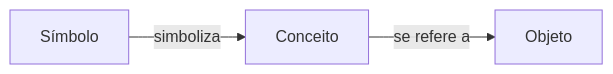
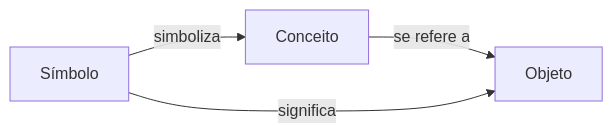
The third of 4 diagrams in Mestrado/Segundo Semestre/SIN5033 - Grafos de conhecimento e Ontologias/Aula 1/1 Conceitos basicos.md (Igorino/joplin-notes), drawn with Mermaid before and after one commit.

Commit message:
Exported on 2026-04-05_20-35-06

````diff
--- a/Mestrado/Segundo Semestre/SIN5033 - Grafos de conhecimento e Ontologias/Aula 1/1 Conceitos basicos.md
+++ b/Mestrado/Segundo Semestre/SIN5033 - Grafos de conhecimento e Ontologias/Aula 1/1 Conceitos basicos.md
@@ -80,6 +80,6 @@
 ```mermaid
 flowchart LR
 	Conceito -- se refere a --> Objeto
 	Símbolo -- simboliza --> Conceito
-	Símbolo 
+	Símbolo -- significa --> Objeto
 ```
````
